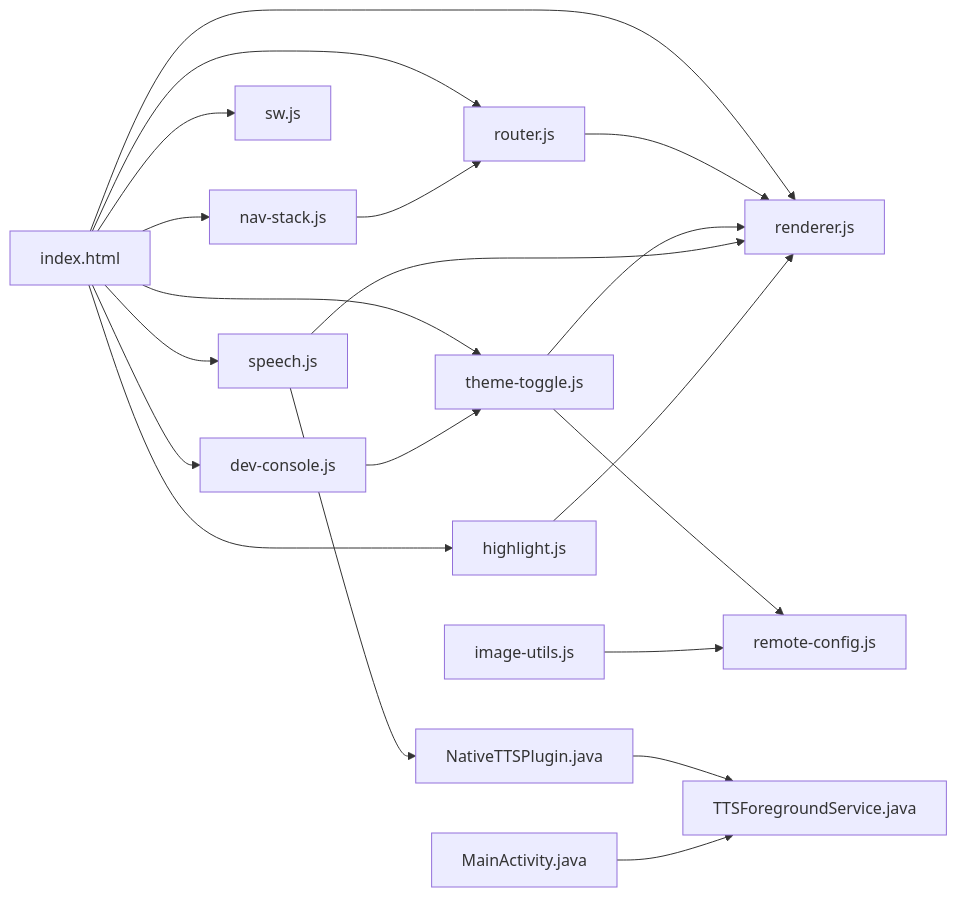
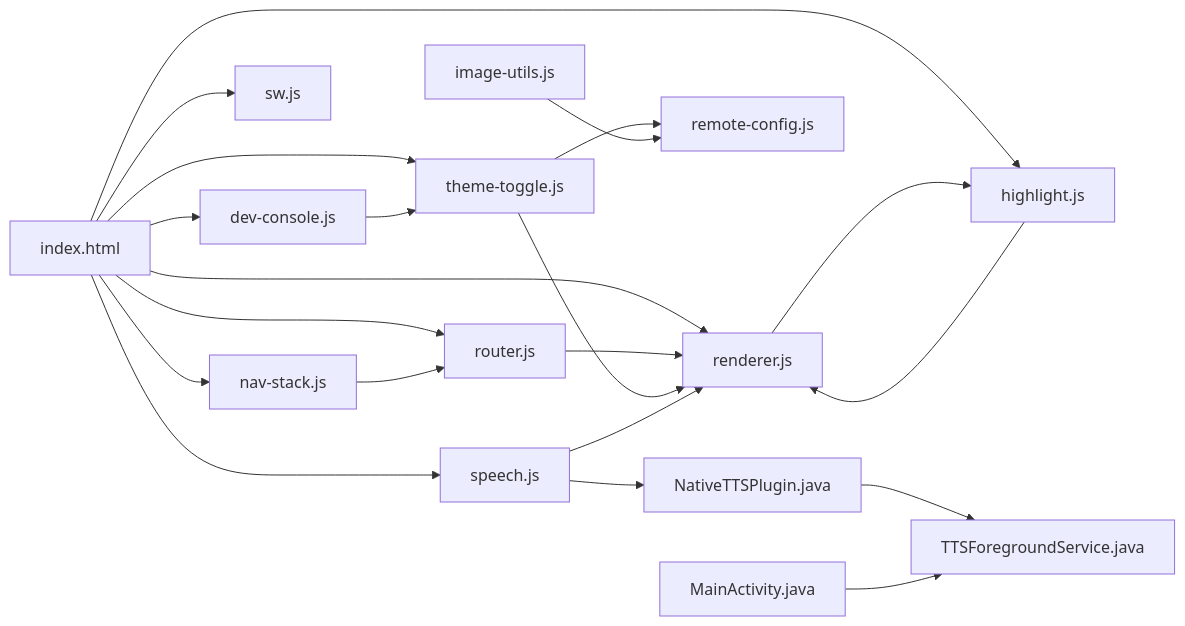
One commit to zhao-zg/cx changed diagram 13 of 13 in .qoder/repowiki/zh/content/高级功能/前端功能.md. Above: the diagram before and after it, drawn with Mermaid. The commit also changed other lines of this file and 30 other files, not shown here.

````diff
--- a/.qoder/repowiki/zh/content/高级功能/前端功能.md
+++ b/.qoder/repowiki/zh/content/高级功能/前端功能.md
@@ -589,22 +648,23 @@
 ```mermaid
 graph LR
 IDX["index.html"] --> R["router.js"]
 IDX --> RN["renderer.js"]
 IDX --> ST["theme-toggle.js"]
 IDX --> SP["speech.js"]
 IDX --> HL["highlight.js"]
 IDX --> NS["nav-stack.js"]
 IDX --> SW["sw.js"]
 IDX --> DC["dev-console.js"]
 R --> RN
 ST --> RN
 SP --> RN
 HL --> RN
 NS --> R
 ST --> RC["remote-config.js"]
 IU["image-utils.js"] --> RC
 SP --> NTP["NativeTTSPlugin.java"]
 NTP --> TFS["TTSForegroundService.java"]
 MA["MainActivity.java"] --> TFS
 DC --> ST
+RN --> HL
 ```
````
